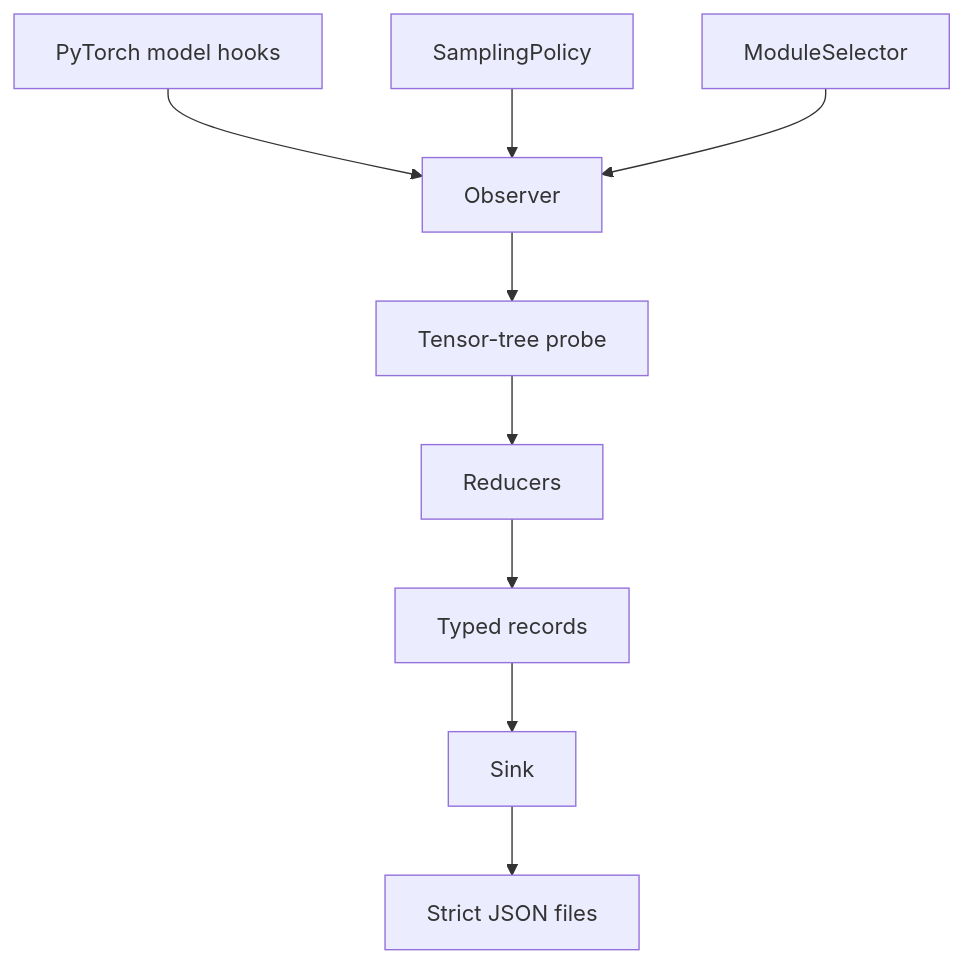
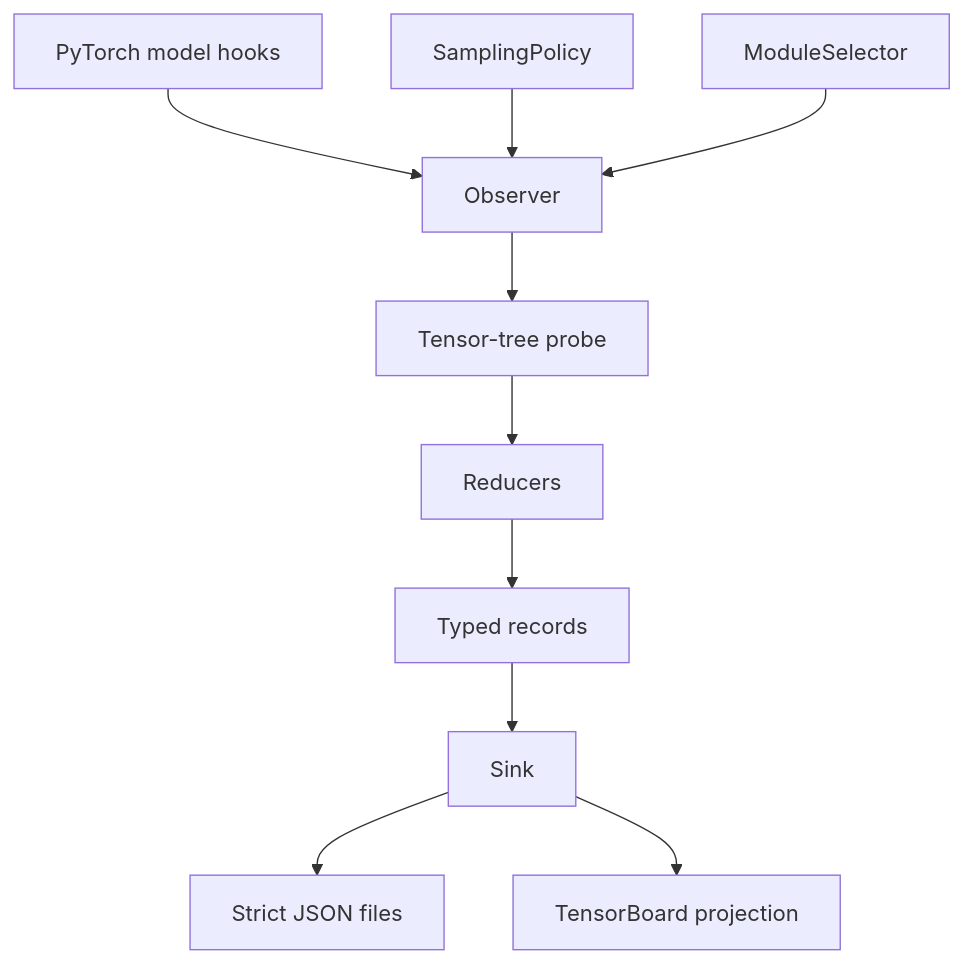
The diagram in docs/design.md (Red-Eyed/torchinstruments), drawn with Mermaid before and after one commit. The commit also changed other lines of this file and 29 other files, not shown here.

````diff
--- a/docs/design.md
+++ b/docs/design.md
@@ -63,11 +63,12 @@
 ```mermaid
 flowchart TD
     H[PyTorch model hooks] --> O[Observer]
     SP[SamplingPolicy] --> O
     MS[ModuleSelector] --> O
     O --> P[Tensor-tree probe]
     P --> R[Reducers]
     R --> REC[Typed records]
     REC --> S[Sink]
     S --> J[Strict JSON files]
+    S --> TB[TensorBoard projection]
 ```
````
